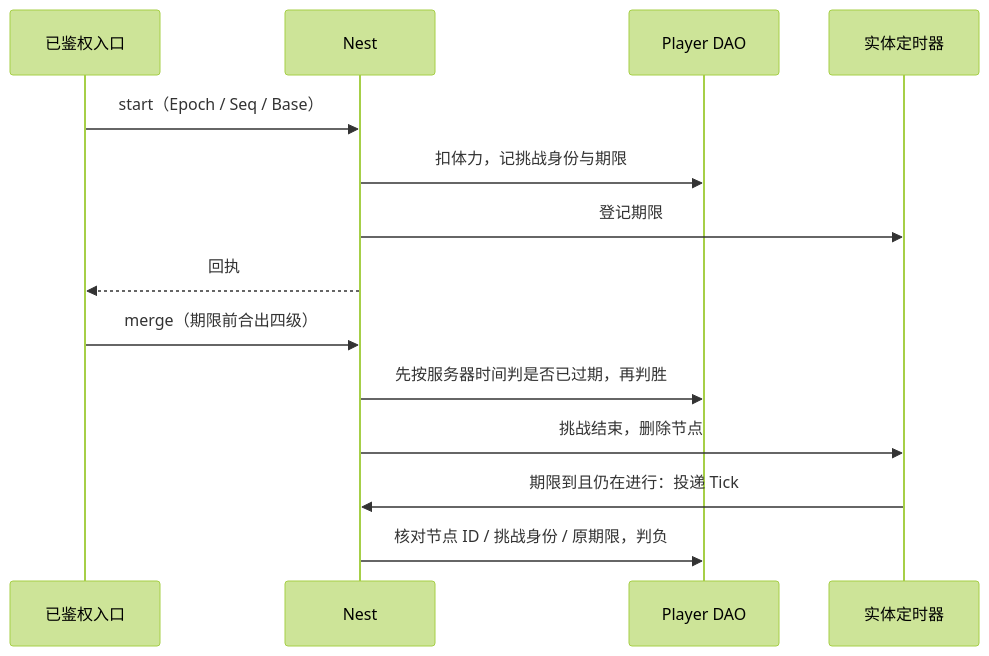
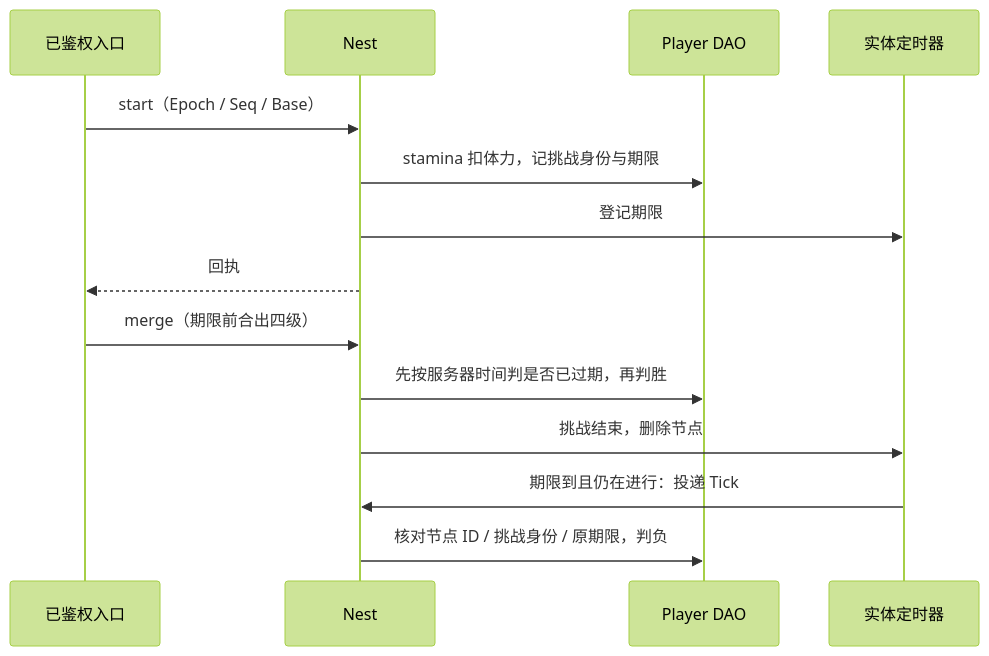
Before and after one commit to tjbdwanghaibo/roost-core: the second of 2 diagrams in docs/framework/MERGE-CASUAL-INTEGRATION.md, drawn with Mermaid (forest theme). The commit also changed other lines of this file and 32 other files, not shown here.

````diff
--- a/docs/framework/MERGE-CASUAL-INTEGRATION.md
+++ b/docs/framework/MERGE-CASUAL-INTEGRATION.md
@@ -186,16 +214,16 @@
 ```mermaid
 sequenceDiagram
     participant C as 已鉴权入口
     participant N as Nest
     participant P as Player DAO
     participant T as 实体定时器
     C->>N: start（Epoch / Seq / Base）
-    N->>P: 扣体力，记挑战身份与期限
+    N->>P: stamina 扣体力，记挑战身份与期限
     N->>T: 登记期限
     N-->>C: 回执
     C->>N: merge（期限前合出四级）
     N->>P: 先按服务器时间判是否已过期，再判胜
     N->>T: 挑战结束，删除节点
     T->>N: 期限到且仍在进行：投递 Tick
     N->>P: 核对节点 ID / 挑战身份 / 原期限，判负
 ```
````
